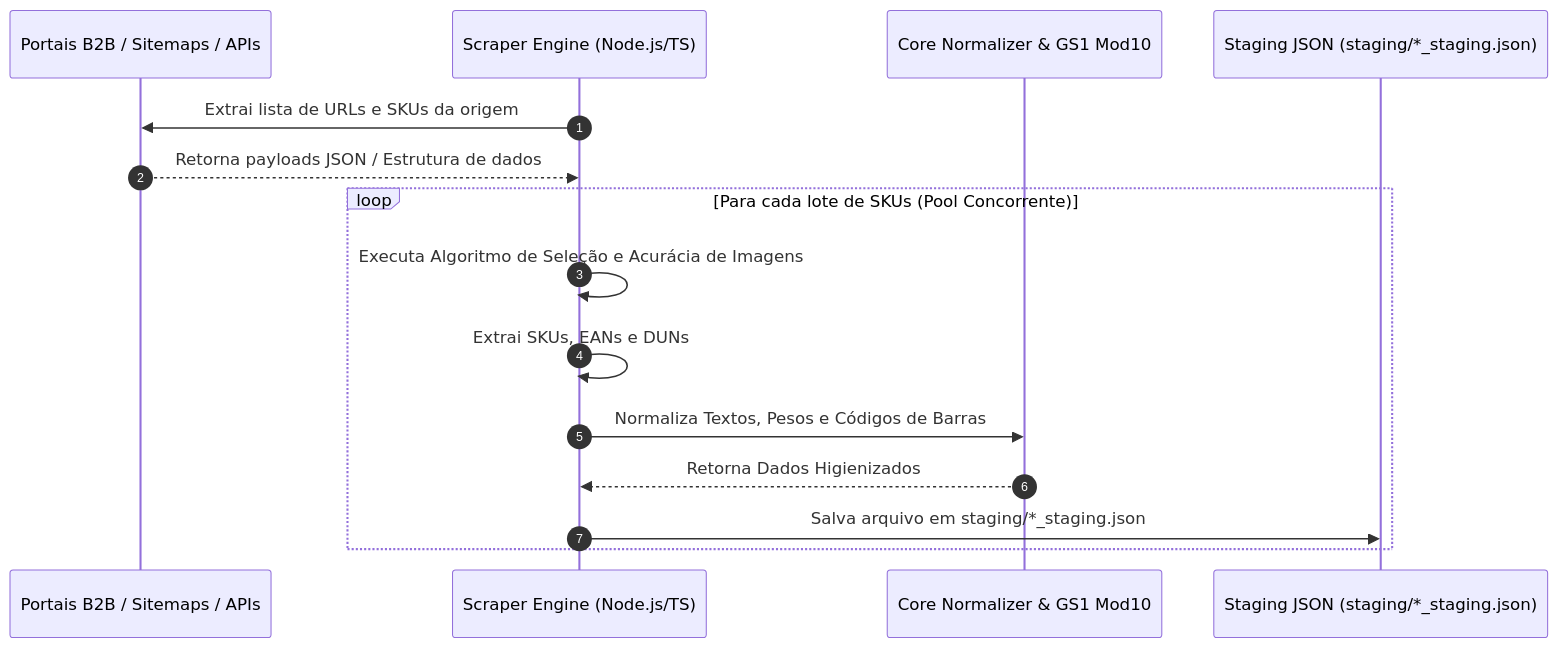
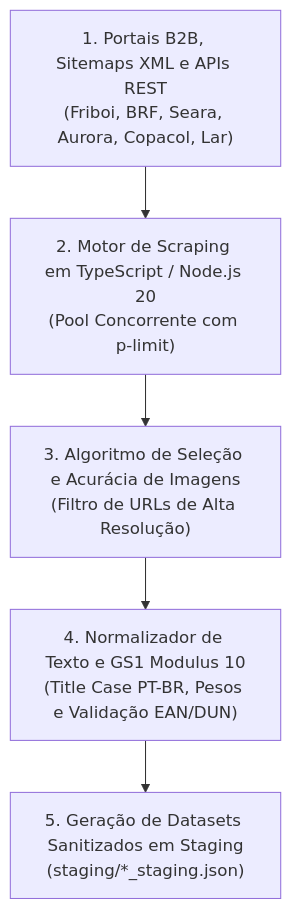
The diagram in docs/scrapers-multi-fornecedores.md (NaejBarbosa/paletscan-etl), drawn with Mermaid before and after one commit. The commit also changed other lines of this file and 5 other files, not shown here.

Commit message:
docs: converter todos os diagramas para formato vertical, adicionar espacamento de respiro e badges com links oficiais

````diff
--- a/docs/scrapers-multi-fornecedores.md
+++ b/docs/scrapers-multi-fornecedores.md
@@ -24,18 +24,7 @@
 ```mermaid
-sequenceDiagram
-    autonumber
-    participant Portais as Portais B2B / Sitemaps / APIs
-    participant Engine as Scraper Engine (Node.js/TS)
-    participant Core as Core Normalizer & GS1 Mod10
-    participant Staging as Staging JSON (staging/*_staging.json)
-
-    Engine->>Portais: Extrai lista de URLs e SKUs da origem
-    Portais-->>Engine: Retorna payloads JSON / Estrutura de dados
-    loop Para cada lote de SKUs (Pool Concorrente)
-        Engine->>Engine: Executa Algoritmo de Seleção e Acurácia de Imagens
-        Engine->>Engine: Extrai SKUs, EANs e DUNs
-        Engine->>Core: Normaliza Textos, Pesos e Códigos de Barras
-        Core-->>Engine: Retorna Dados Higienizados
-        Engine->>Staging: Salva arquivo em staging/*_staging.json
-    end
+flowchart TD
+    P1["1. Portais B2B, Sitemaps XML e APIs REST\n(Friboi, BRF, Seara, Aurora, Copacol, Lar)"] --> P2["2. Motor de Scraping em TypeScript / Node.js 20\n(Pool Concorrente com p-limit)"]
+    P2 --> P3["3. Algoritmo de Seleção e Acurácia de Imagens\n(Filtro de URLs de Alta Resolução)"]
+    P3 --> P4["4. Normalizador de Texto e GS1 Modulus 10\n(Title Case PT-BR, Pesos e Validação EAN/DUN)"]
+    P4 --> P5["5. Geração de Datasets Sanitizados em Staging\n(staging/*_staging.json)"]
 ```
````
